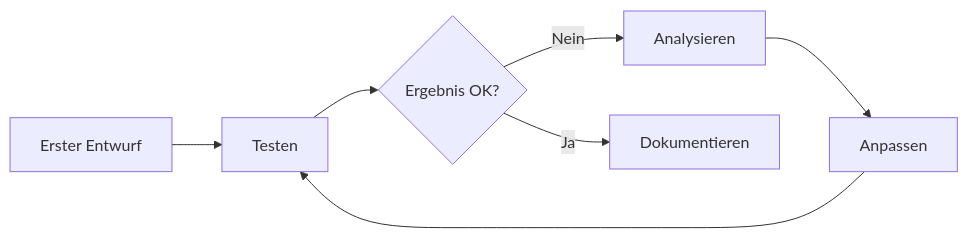
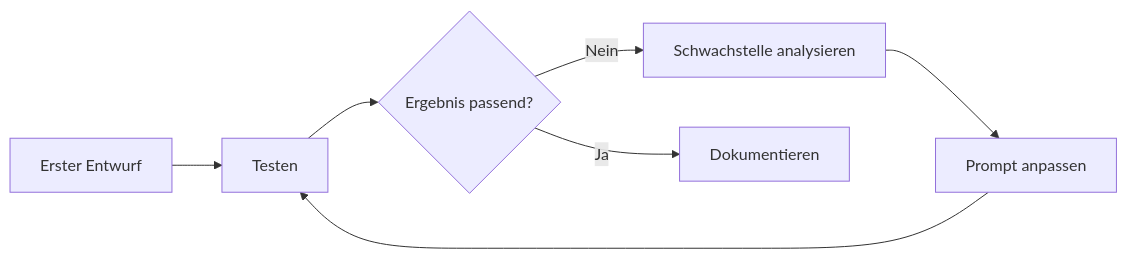
The diagram in docs/concepts/Prompt_Engineering.md (ralf-42/Agenten), drawn with Mermaid before and after one commit. The commit also changed other lines of this file and 15 other files, not shown here.

````diff
--- a/docs/concepts/Prompt_Engineering.md
+++ b/docs/concepts/Prompt_Engineering.md
@@ -330,9 +157,9 @@
 ```mermaid
 flowchart LR
     A[Erster Entwurf] --> B[Testen]
-    B --> C{Ergebnis OK?}
-    C -->|Nein| D[Analysieren]
-    D --> E[Anpassen]
+    B --> C{Ergebnis passend?}
+    C -->|Nein| D[Schwachstelle analysieren]
+    D --> E[Prompt anpassen]
     E --> B
     C -->|Ja| F[Dokumentieren]
 ```
````
